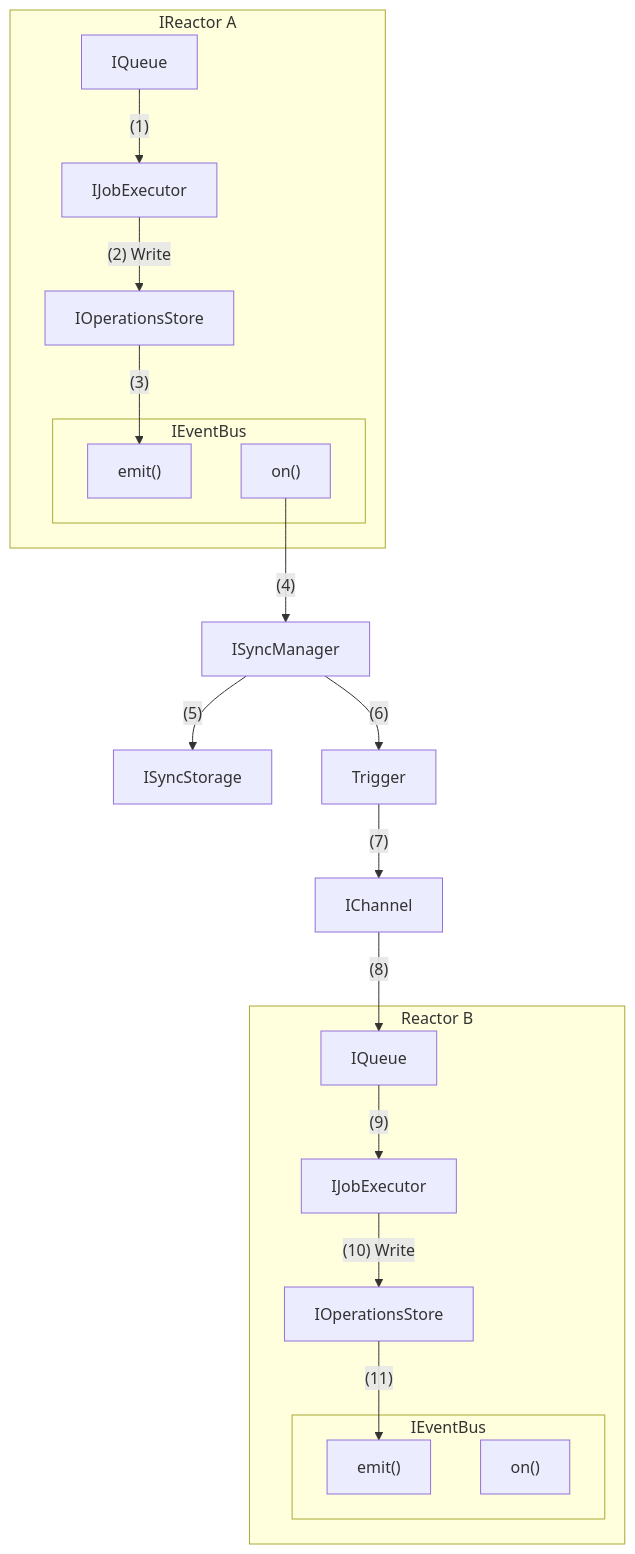
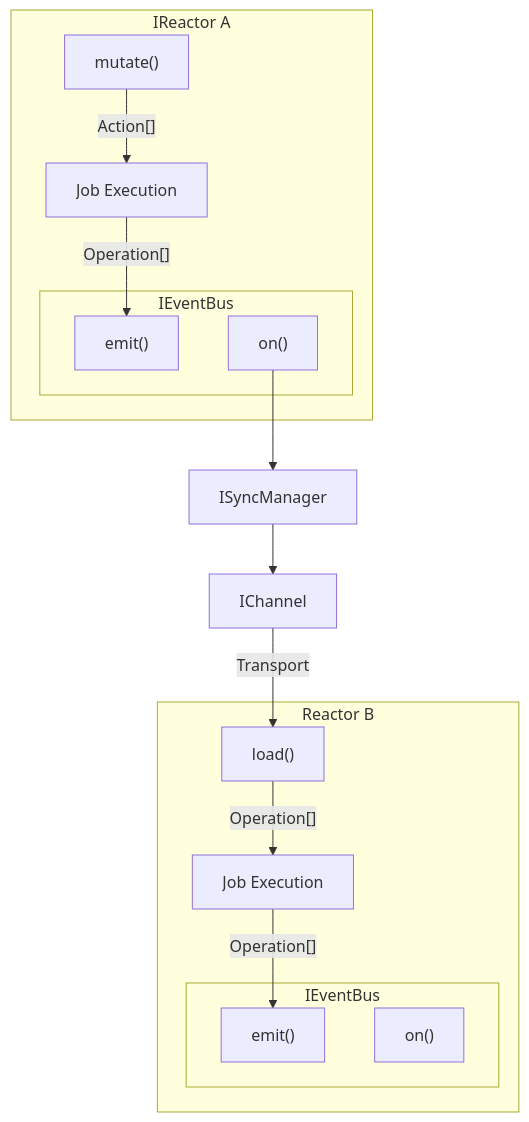
The first of 4 diagrams in packages/reactor/docs/planning/Synchronization/index.md (powerhouse-inc/powerhouse), drawn with Mermaid before and after one commit. The commit also changed other lines of this file and 2 other files, not shown here.

````diff
--- a/packages/reactor/docs/planning/Synchronization/index.md
+++ b/packages/reactor/docs/planning/Synchronization/index.md
@@ -21,26 +19,23 @@
 ```mermaid
 graph
     subgraph "IReactor A"
-        AQueue["IQueue"] -->|"(1)"| AJobs["IJobExecutor"] -->|"(2) Write"| AOS["IOperationsStore"]
-        AOS -->|"(3)"| APub
+        Mutate["mutate()"] -->|"Action[]"| JE["Job Execution"] -->|"Operation[]"| APub
 
         subgraph AEvents["IEventBus"]
             APub["emit()"]
             ASub["on()"]
         end
     end
 
-    ASub -->|"(4)"| ASync["ISyncManager"]
-    ASync -->|"(5)"| ISyncStorage
-    ASync -->|"(6)"| Trigger -->|"(7)"| IChannel -->|"(8)"| BQueue
+    ASub --> ASync["ISyncManager"]
+    ASync --> IChannel -->|"Transport"| Load
 
     subgraph "Reactor B"
-        BQueue["IQueue"] -->|"(9)"| BJobs["IJobExecutor"] -->|"(10) Write"| BOS["IOperationsStore"]
-        BOS -->|"(11)"| BPub
+        Load["load()"] -->|"Operation[]"| JEB["Job Execution"] -->|"Operation[]"| BPub
 
         subgraph BEvents["IEventBus"]
             BPub["emit()"]
             BSub["on()"]
         end
     end
 ```
````
